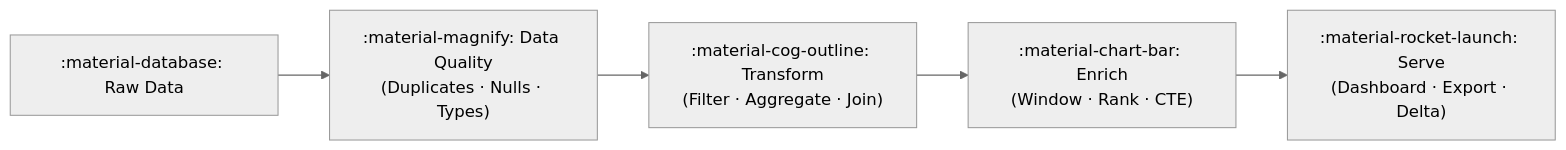
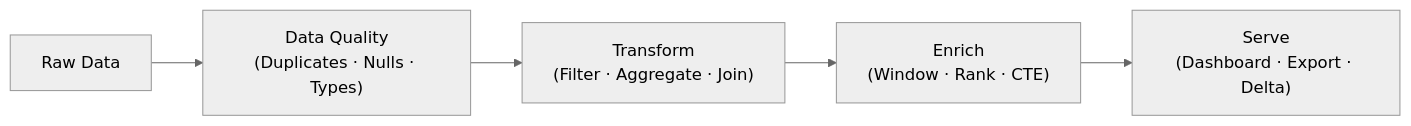
The diagram in spark-sql/docs/patterns/application/index.md (mahfooziiitian/spark-batch), drawn with Mermaid (neutral theme) before and after one commit. The commit also changed other lines of this file and 809 other files, not shown here.

````diff
--- a/spark-sql/docs/patterns/application/index.md
+++ b/spark-sql/docs/patterns/application/index.md
@@ -11,7 +11,7 @@
 ```mermaid
 graph LR
-    RAW[":material-database:️ Raw Data"] --> DQ[":material-magnify: Data Quality\n(Duplicates · Nulls · Types)"]
-    DQ --> TRANSFORM[":material-cog-outline:️ Transform\n(Filter · Aggregate · Join)"]
-    TRANSFORM --> ENRICH[":material-chart-bar: Enrich\n(Window · Rank · CTE)"]
-    ENRICH --> SERVE[":material-rocket-launch: Serve\n(Dashboard · Export · Delta)"]
+    RAW["Raw Data"] --> DQ["Data Quality\n(Duplicates · Nulls · Types)"]
+    DQ --> TRANSFORM["Transform\n(Filter · Aggregate · Join)"]
+    TRANSFORM --> ENRICH["Enrich\n(Window · Rank · CTE)"]
+    ENRICH --> SERVE["Serve\n(Dashboard · Export · Delta)"]
 ```
````
